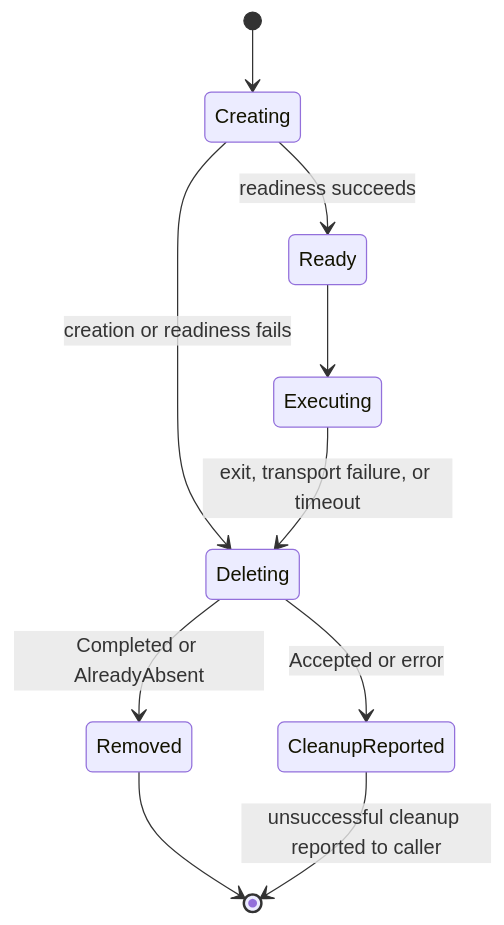
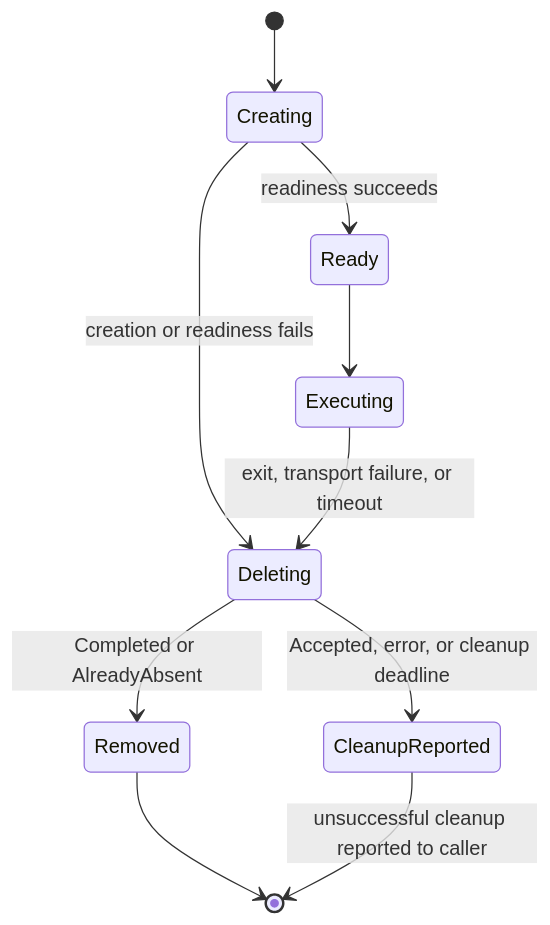
Before and after one commit to Rocketable/platform: the third of 4 diagrams in internal/rocketclaw/docs/plans/2026-09-29-1441-feat-openshell-bash-backend-plan.md, drawn with Mermaid. The commit also changed other lines of this file and 4 other files, not shown here.

````diff
--- a/internal/rocketclaw/docs/plans/2026-09-29-1441-feat-openshell-bash-backend-plan.md
+++ b/internal/rocketclaw/docs/plans/2026-09-29-1441-feat-openshell-bash-backend-plan.md
@@ -147,12 +147,12 @@
 ```mermaid
 stateDiagram-v2
     [*] --> Creating
     Creating --> Ready: readiness succeeds
     Creating --> Deleting: creation or readiness fails
     Ready --> Executing
     Executing --> Deleting: exit, transport failure, or timeout
     Deleting --> Removed: Completed or AlreadyAbsent
-    Deleting --> CleanupReported: Accepted or error
+    Deleting --> CleanupReported: Accepted, error, or cleanup deadline
     Removed --> [*]
     CleanupReported --> [*]: unsuccessful cleanup reported to caller
 ```
````
